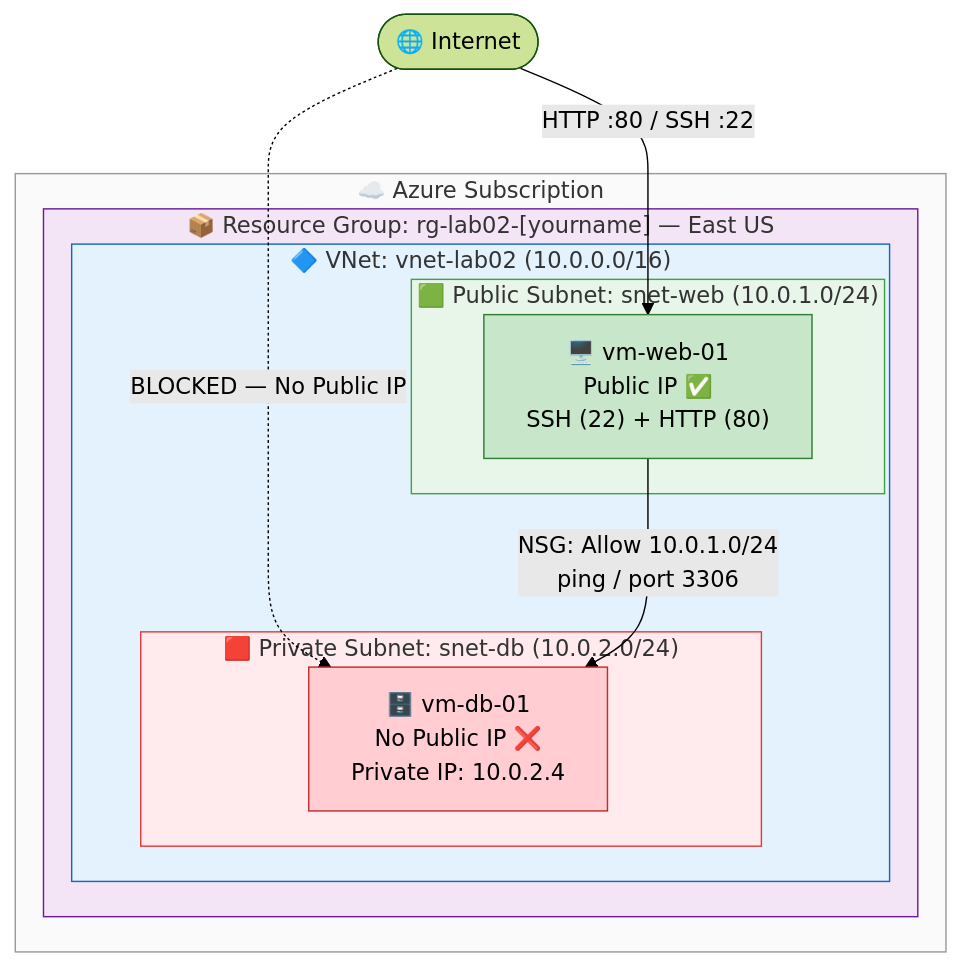
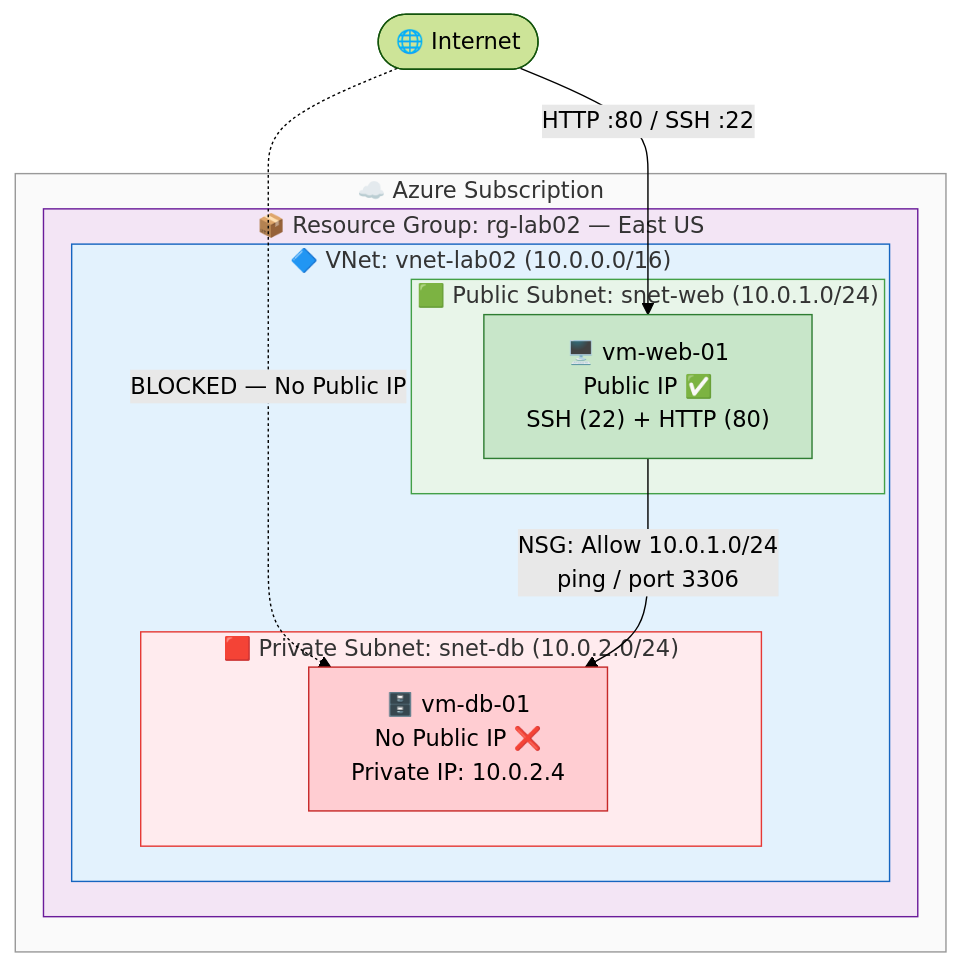
The diagram in README.MD (BrianBustamante24/Building-a-Secure-2-Tier-Web-Application), drawn with Mermaid (forest theme) before and after one commit. The commit also changed other lines of this file, not shown here.

````diff
--- a/README.MD
+++ b/README.MD
@@ -28,32 +21,32 @@
 ```mermaid
 flowchart TB
     Internet([🌐 Internet])
 
     subgraph SUB["☁️ Azure Subscription"]
-        subgraph RG["📦 Resource Group: rg-lab02-[yourname] — East US"]
+        subgraph RG["📦 Resource Group: rg-lab02 — East US"]
             subgraph VNET["🔷 VNet: vnet-lab02 (10.0.0.0/16)"]
 
                 subgraph PUBSNET["🟩 Public Subnet: snet-web (10.0.1.0/24)"]
                     WEB["🖥️ vm-web-01\nPublic IP ✅\nSSH (22) + HTTP (80)"]
                 end
 
                 subgraph PRIVSNET["🟥 Private Subnet: snet-db (10.0.2.0/24)"]
                     DB["🗄️ vm-db-01\nNo Public IP ❌\nPrivate IP: 10.0.2.4"]
                 end
 
             end
         end
     end
 
     Internet -->|HTTP :80 / SSH :22| WEB
     Internet -. "BLOCKED — No Public IP" .-> DB
     WEB -->|"NSG: Allow 10.0.1.0/24\nping / port 3306"| DB
 
     style PUBSNET fill:#e8f5e9,stroke:#43a047
     style PRIVSNET fill:#ffebee,stroke:#e53935
     style WEB fill:#c8e6c9,stroke:#2e7d32
     style DB fill:#ffcdd2,stroke:#c62828
     style VNET fill:#e3f2fd,stroke:#1565c0
     style RG fill:#f3e5f5,stroke:#6a1b9a
     style SUB fill:#fafafa,stroke:#999
 ```
````
